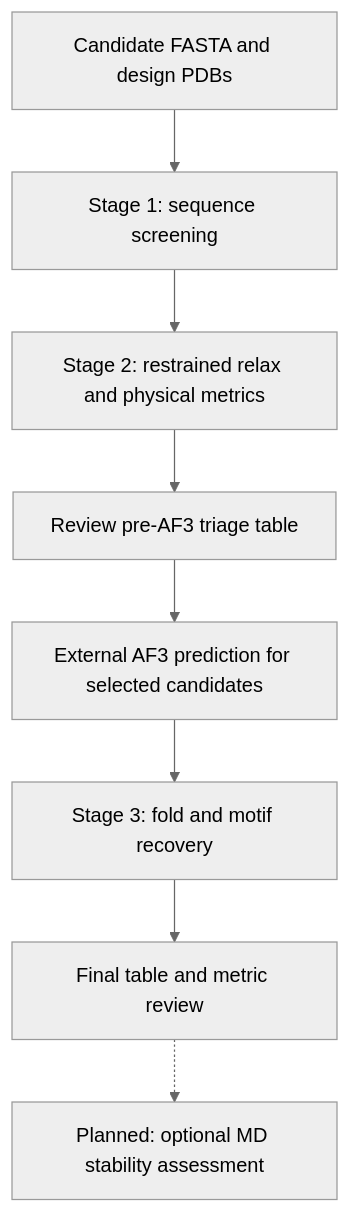
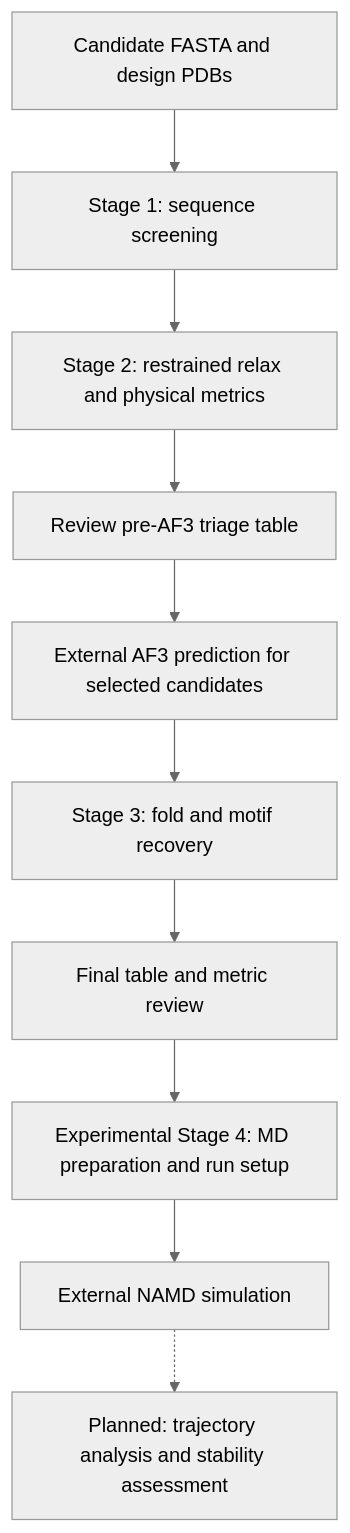
Before and after one commit to LixinhaoYang/Protein-design-evaluation: the diagram in README.md, drawn with Mermaid (neutral theme). The commit also changed other lines of this file and 12 other files, not shown here.

Commit message:
add experimental stage 4 MD prep file and run setup

````diff
--- a/README.md
+++ b/README.md
@@ -13,10 +13,12 @@
 ```mermaid
 flowchart TD
     A[Candidate FASTA and design PDBs] --> B[Stage 1: sequence screening]
     B --> C[Stage 2: restrained relax and physical metrics]
     C --> D[Review pre-AF3 triage table]
     D --> E[External AF3 prediction for selected candidates]
     E --> F[Stage 3: fold and motif recovery]
     F --> G[Final table and metric review]
-    G -.-> H[Planned: optional MD stability assessment]
+    G --> H[Experimental Stage 4: MD preparation and run setup]
+    H --> I[External NAMD simulation]
+    I -.-> J[Planned: trajectory analysis and stability assessment]
 ```
````
